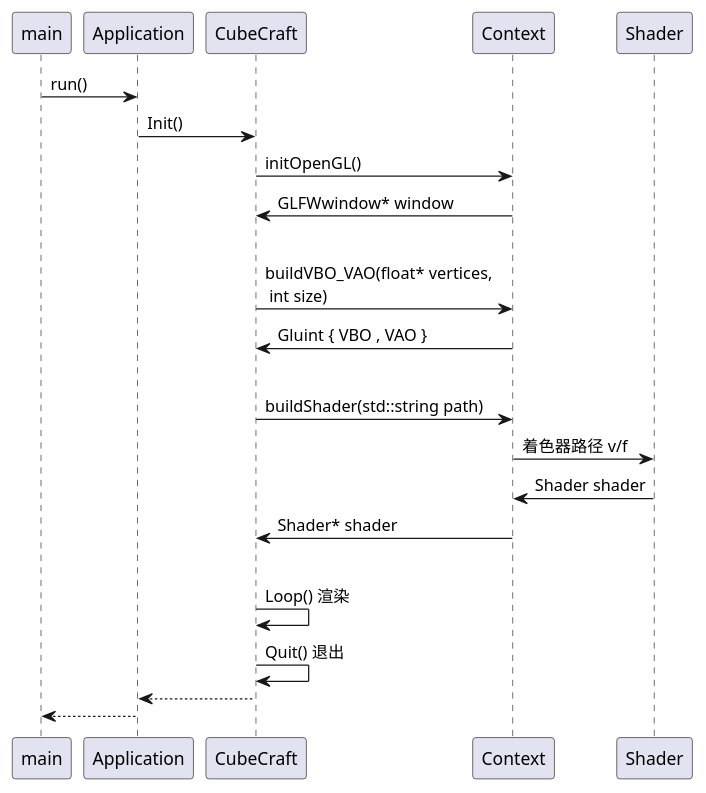
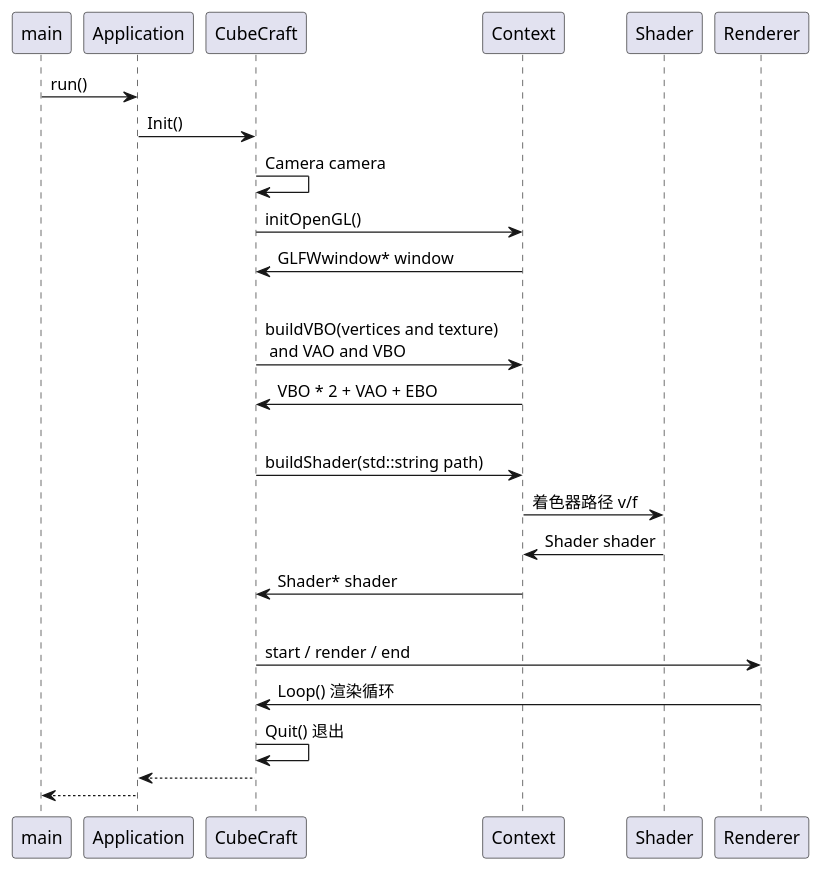
The diagram in PlantUML/sequence.puml (ChewyTube/CubeCraft-temp), drawn with PlantUML before and after one commit. The commit also changed 22 other files, not shown here.

```diff
--- a/PlantUML/sequence.puml
+++ b/PlantUML/sequence.puml
@@ -1,20 +1,24 @@
 @startuml sequence
 
 main -> Application : run()
 Application -> CubeCraft : Init()
+
+CubeCraft -> CubeCraft : Camera camera
+
 CubeCraft -> Context : initOpenGL() 
 Context -> CubeCraft : GLFWwindow* window
 |||
-CubeCraft -> Context : buildVBO_VAO(float* vertices,\n int size)
-Context -> CubeCraft : Gluint { VBO , VAO }
+CubeCraft -> Context : buildVBO(vertices and texture) \n and VAO and VBO
+Context -> CubeCraft : VBO * 2 + VAO + EBO
 |||
 CubeCraft -> Context : buildShader(std::string path)
 Context -> Shader : 着色器路径 v/f
 Shader -> Context : Shader shader
 Context -> CubeCraft : Shader* shader
 |||
-CubeCraft -> CubeCraft : Loop() 渲染
+CubeCraft -> Renderer : start / render / end
+Renderer -> CubeCraft : Loop() 渲染循环
 CubeCraft -> CubeCraft : Quit() 退出
 CubeCraft --> Application
 Application --> main
 @enduml
```
